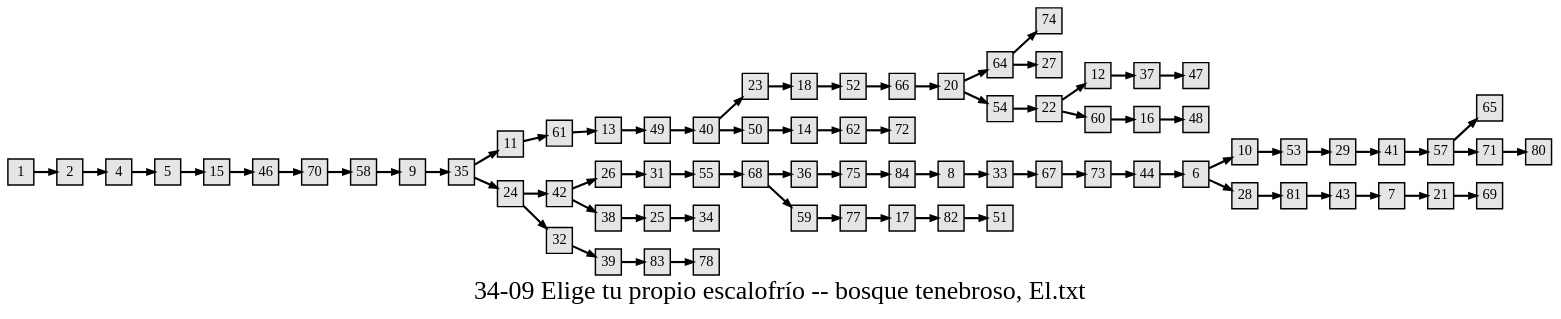
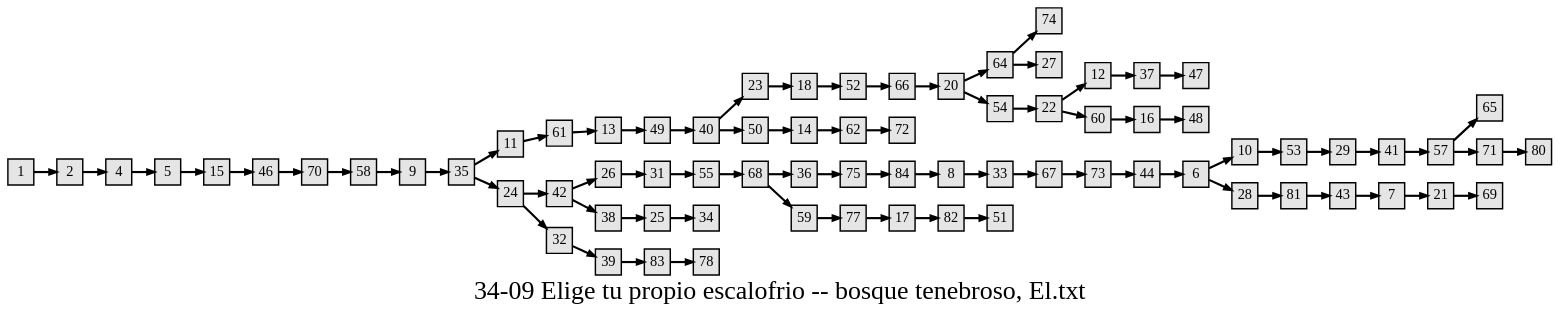
One commit to jeremydouglass/transverse-gallery changed the diagram in assets/gamebooks/graphviz/34-09 Elige tu propio escalofrio -- bosque tenebroso, El.txt.gv. Above: the diagram before and after it, drawn with Graphviz. The commit also changed 739 other files, not shown here.

Commit message:
Gamebooks: tgf, graphviz, images, thumbs, logs

```diff
--- a/assets/gamebooks/graphviz/34-09 Elige tu propio escalofrio -- bosque tenebroso, El.txt.gv
+++ b/assets/gamebooks/graphviz/34-09 Elige tu propio escalofrio -- bosque tenebroso, El.txt.gv
@@ -1,80 +1,80 @@
 digraph g{
-  graph [ label="34-09 Elige tu propio escalofrío -- bosque tenebroso, El.txt" rankdir=LR, ordering=out, fontsize=36, nodesep="0.35", ranksep="0.45"];
+  graph [ label="34-09 Elige tu propio escalofrio -- bosque tenebroso, El.txt" rankdir=LR, ordering=out, fontsize=36, nodesep="0.35", ranksep="0.45"];
   node  [shape=rect, penwidth=2, fontsize=20, style=filled, fillcolor=grey90, margin="0,0", labelfloat=true, regular=true, fixedsize=true];
   edge  [labelfloat=true, penwidth=3, fontsize=12];
   1 -> 2;
   2 -> 4;
   4 -> 5;
   5 -> 15;
   6 -> 10;
   6 -> 28;
   7 -> 21;
   8 -> 33;
   9 -> 35;
   10 -> 53;
   11 -> 61;
   12 -> 37;
   13 -> 49;
   14 -> 62;
   15 -> 46;
   16 -> 48;
   17 -> 82;
   18 -> 52;
   20 -> 64;
   20 -> 54;
   21 -> 69;
   22 -> 12;
   22 -> 60;
   23 -> 18;
   24 -> 42;
   24 -> 32;
   25 -> 34;
   26 -> 31;
   28 -> 81;
   29 -> 41;
   31 -> 55;
   32 -> 39;
   33 -> 67;
   35 -> 11;
   35 -> 24;
   36 -> 75;
   37 -> 47;
   38 -> 25;
   39 -> 83;
   40 -> 23;
   40 -> 50;
   41 -> 57;
   42 -> 26;
   42 -> 38;
   43 -> 7;
   44 -> 6;
   46 -> 70;
   49 -> 40;
   50 -> 14;
   52 -> 66;
   53 -> 29;
   54 -> 22;
   55 -> 68;
   57 -> 65;
   57 -> 71;
   58 -> 9;
   59 -> 77;
   60 -> 16;
   61 -> 13;
   62 -> 72;
   64 -> 74;
   64 -> 27;
   66 -> 20;
   67 -> 73;
   68 -> 36;
   68 -> 59;
   70 -> 58;
   71 -> 80;
   73 -> 44;
   75 -> 84;
   77 -> 17;
   81 -> 43;
   82 -> 51;
   83 -> 78;
   84 -> 8;
 }
```
